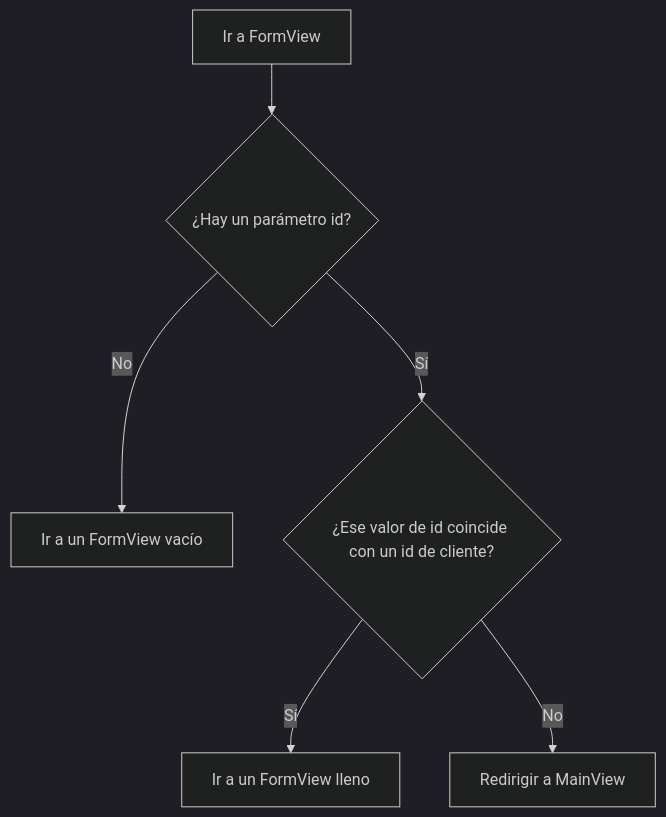
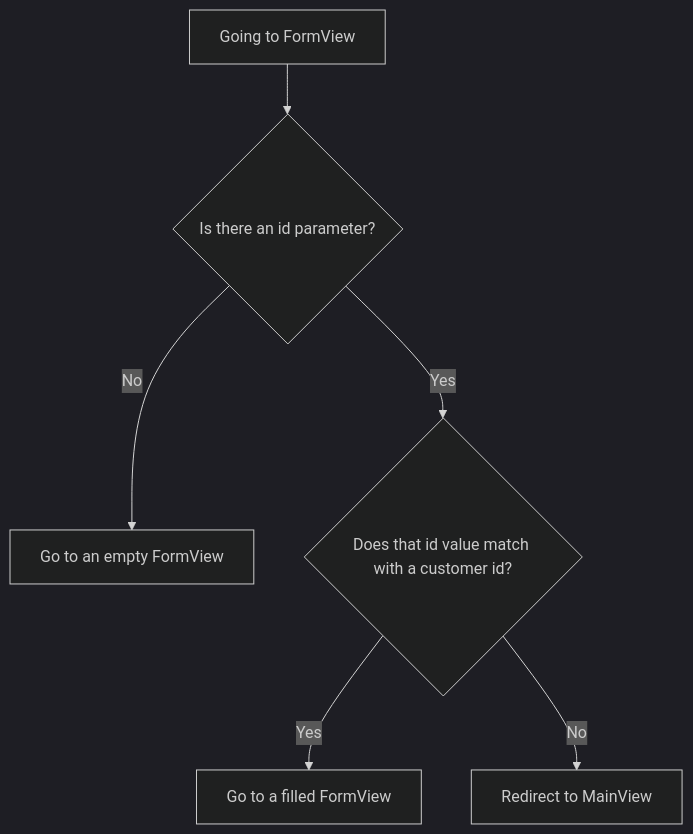
One commit to webforj/webforj-documentation changed the diagram in docs/i18n/es/docusaurus-plugin-content-docs/current/introduction/tutorial/observers-and-route-parameters.md. Above: the diagram before and after it, drawn with Mermaid (dark theme). The commit also changed other lines of this file and 120 other files, not shown here.

````diff
--- a/docs/i18n/es/docusaurus-plugin-content-docs/current/introduction/tutorial/observers-and-route-parameters.md
+++ b/docs/i18n/es/docusaurus-plugin-content-docs/current/introduction/tutorial/observers-and-route-parameters.md
@@ -74,8 +77,8 @@
 ```mermaid
 flowchart TD
-    A[Ir a FormView] --> B{¿Hay un parámetro id?}
-    B -->|No| C[Ir a un FormView vacío]
-    B -->|Sí| D{¿Ese valor de id coincide con un id de cliente?}
-    D -->|Sí| E[Ir a un FormView lleno]
-    D -->|No| F[Redirigir a MainView]
+    A[Going to FormView] --> B{Is there an id parameter?}
+    B -->|No| C[Go to an empty FormView]
+    B -->|Yes| D{Does that id value match with a customer id?}
+    D -->|Yes| E[Go to a filled FormView]
+    D -->|No| F[Redirect to MainView]
 ```
````
